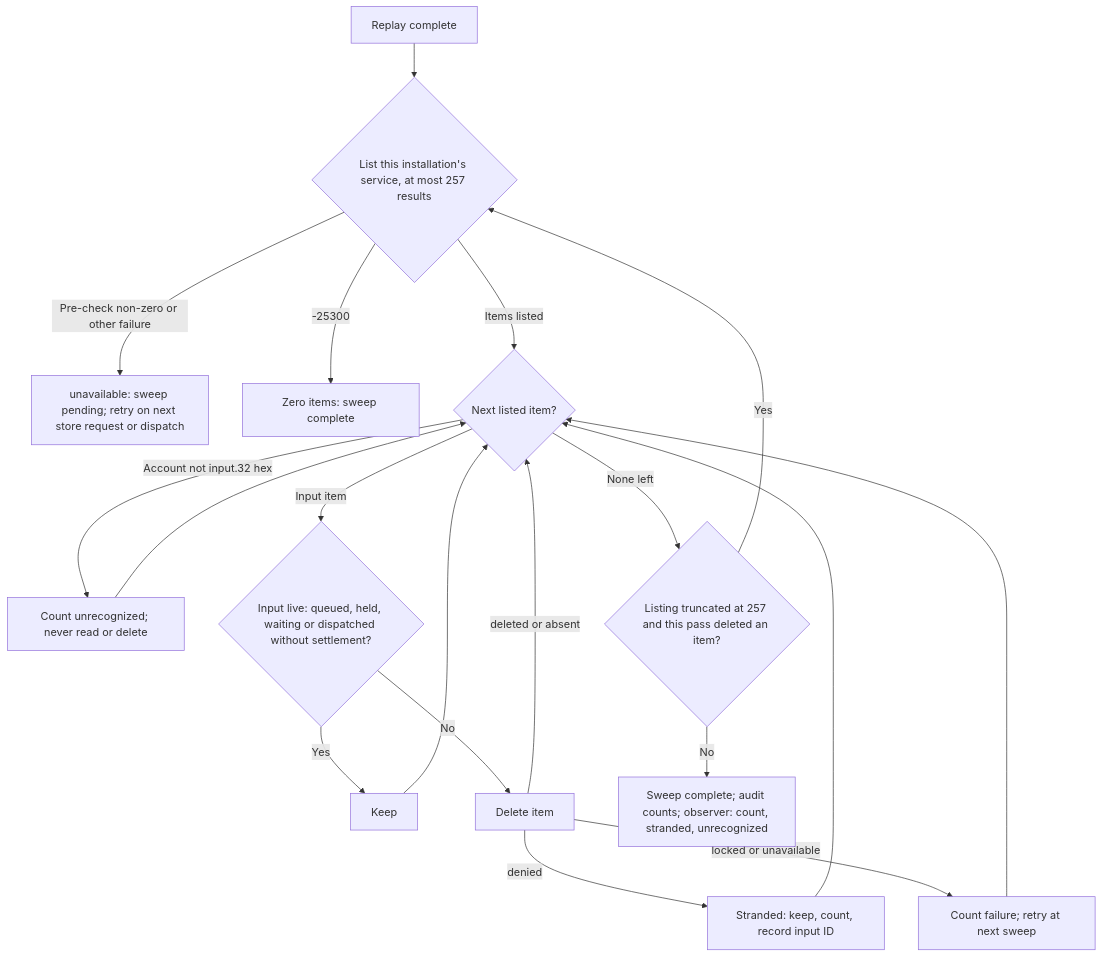
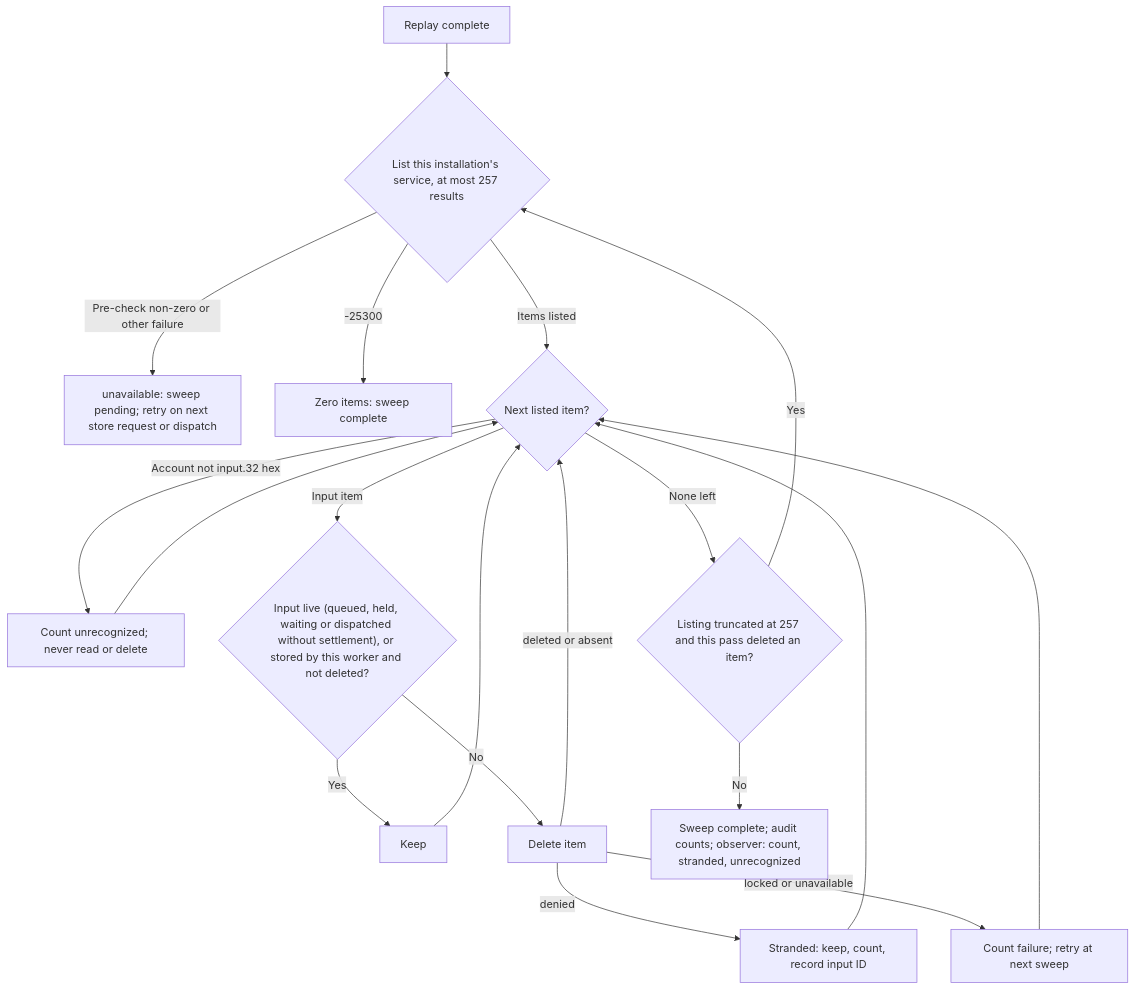
One commit to pidster/asura changed the third of 4 diagrams in docs/designs/secret-store.md. Above: the diagram before and after it, drawn with Mermaid. The commit also changed other lines of this file and 4 other files, not shown here.

````diff
--- a/docs/designs/secret-store.md
+++ b/docs/designs/secret-store.md
@@ -414,21 +422,21 @@
 ```mermaid
 flowchart TD
     Start["Replay complete"] --> List{"List this installation's service, at most 257 results"}
     List -->|"Pre-check non-zero or other failure"| Defer["unavailable: sweep pending; retry on next store request or dispatch"]
     List -->|"-25300"| Done["Zero items: sweep complete"]
     List -->|"Items listed"| Next{"Next listed item?"}
     Next -->|"Account not input.32 hex"| Unrec["Count unrecognized; never read or delete"]
     Unrec --> Next
-    Next -->|"Input item"| Live{"Input live: queued, held, waiting or dispatched without settlement?"}
+    Next -->|"Input item"| Live{"Input live (queued, held, waiting or dispatched without settlement), or stored by this worker and not deleted?"}
     Live -->|Yes| Keep["Keep"]
     Keep --> Next
     Live -->|No| Del["Delete item"]
     Del -->|"deleted or absent"| Next
     Del -->|"denied"| Strand["Stranded: keep, count, record input ID"]
     Strand --> Next
     Del -->|"locked or unavailable"| Fail["Count failure; retry at next sweep"]
     Fail --> Next
     Next -->|"None left"| Again{"Listing truncated at 257 and this pass deleted an item?"}
     Again -->|Yes| List
     Again -->|No| Done2["Sweep complete; audit counts; observer: count, stranded, unrecognized"]
 ```
````
